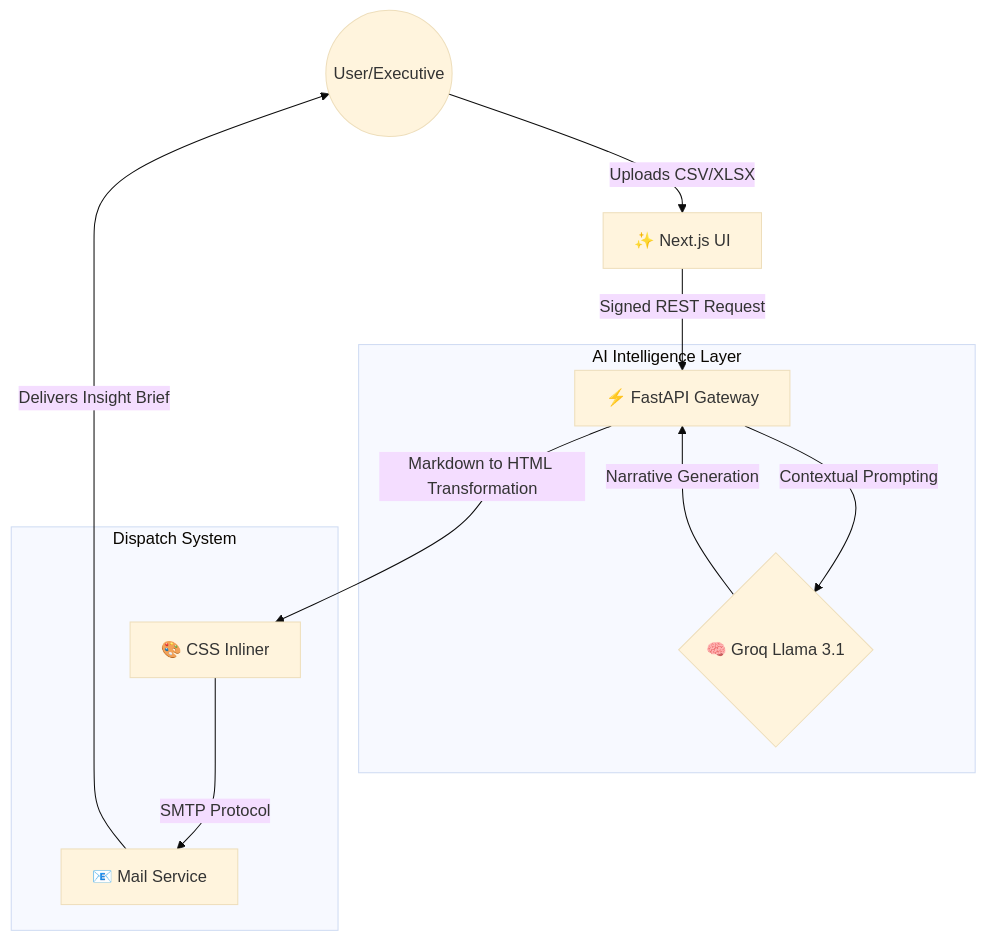
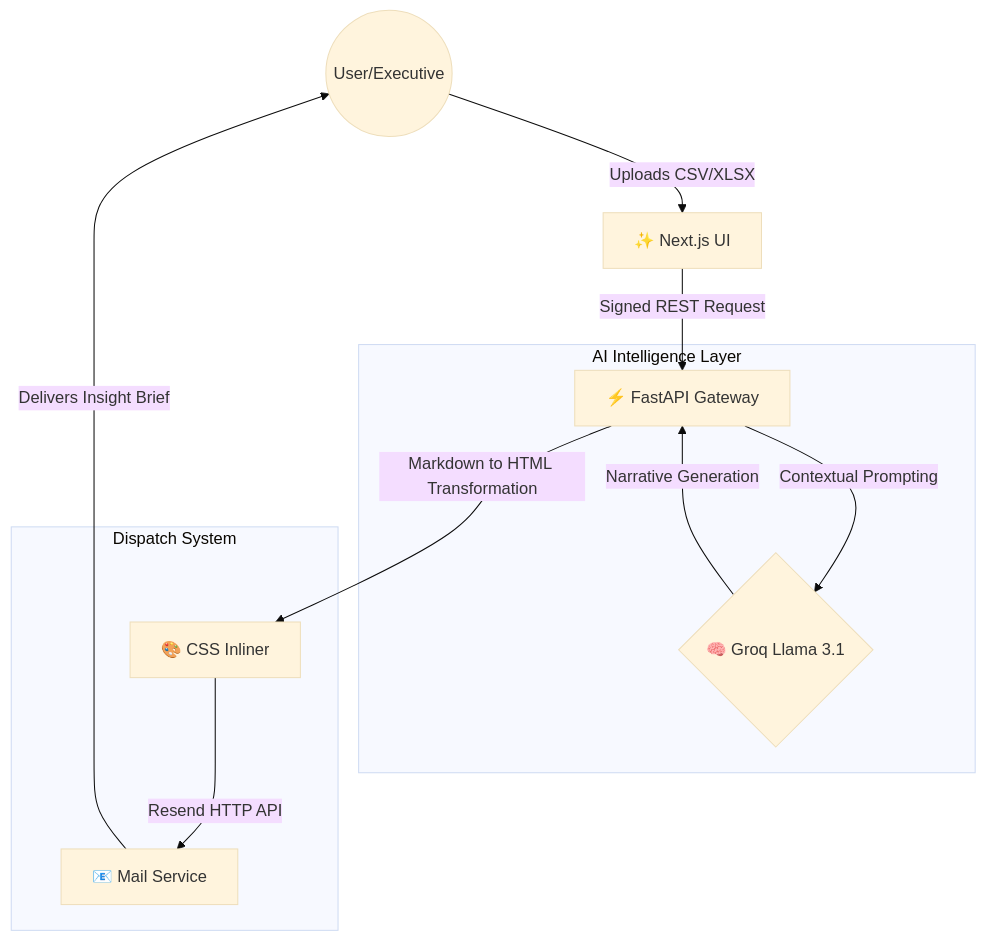
One commit to Anuj-er/AI-Sales-Insight changed the first of 2 diagrams in README.md. Above: the diagram before and after it, drawn with Mermaid (base theme). The commit also changed other lines of this file and 3 other files, not shown here.

````diff
--- a/README.md
+++ b/README.md
@@ -28,17 +28,17 @@
 ```mermaid
 graph TD
     User((User/Executive)) -->|Uploads CSV/XLSX| Frontend[✨ Next.js UI]
     Frontend -->|Signed REST Request| Backend[⚡ FastAPI Gateway]
     
     subgraph "AI Intelligence Layer"
         Backend -->|Contextual Prompting| LLM{🧠 Groq Llama 3.1}
         LLM -->|Narrative Generation| Backend
     end
     
     subgraph "Dispatch System"
         Backend -->|Markdown to HTML Transformation| Styles[🎨 CSS Inliner]
-        Styles -->|SMTP Protocol| EmailServer[📧 Mail Service]
+        Styles -->|Resend HTTP API| EmailServer[📧 Mail Service]
     end
     
     EmailServer -->|Delivers Insight Brief| User
 ```
````
